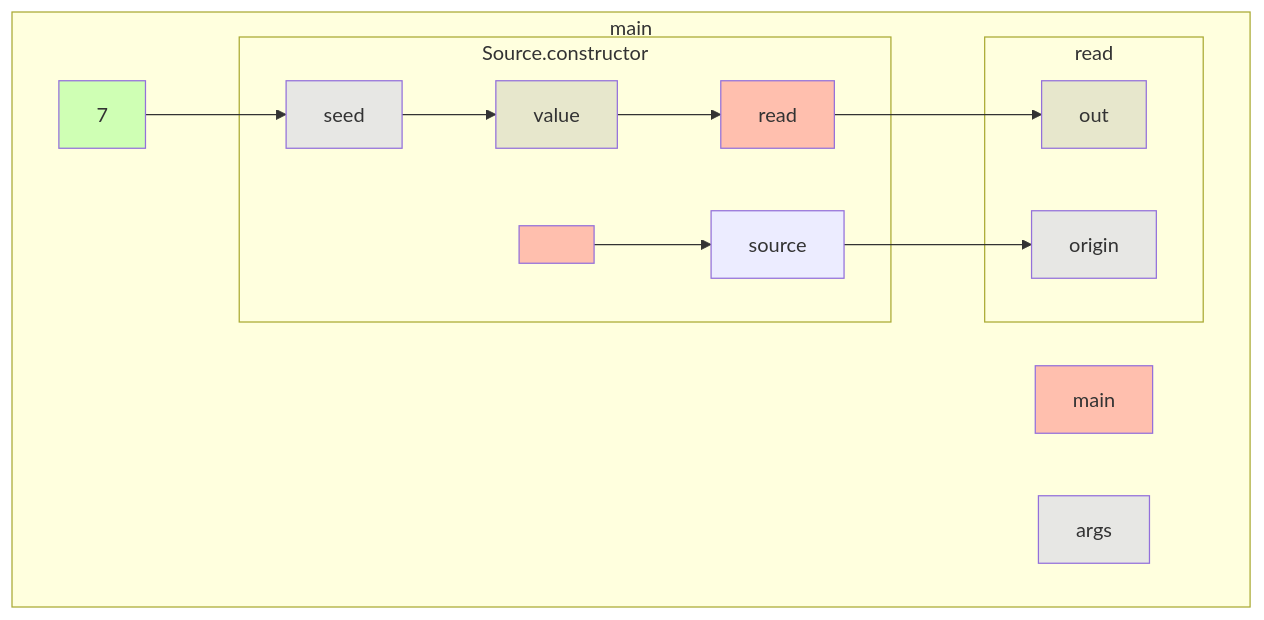
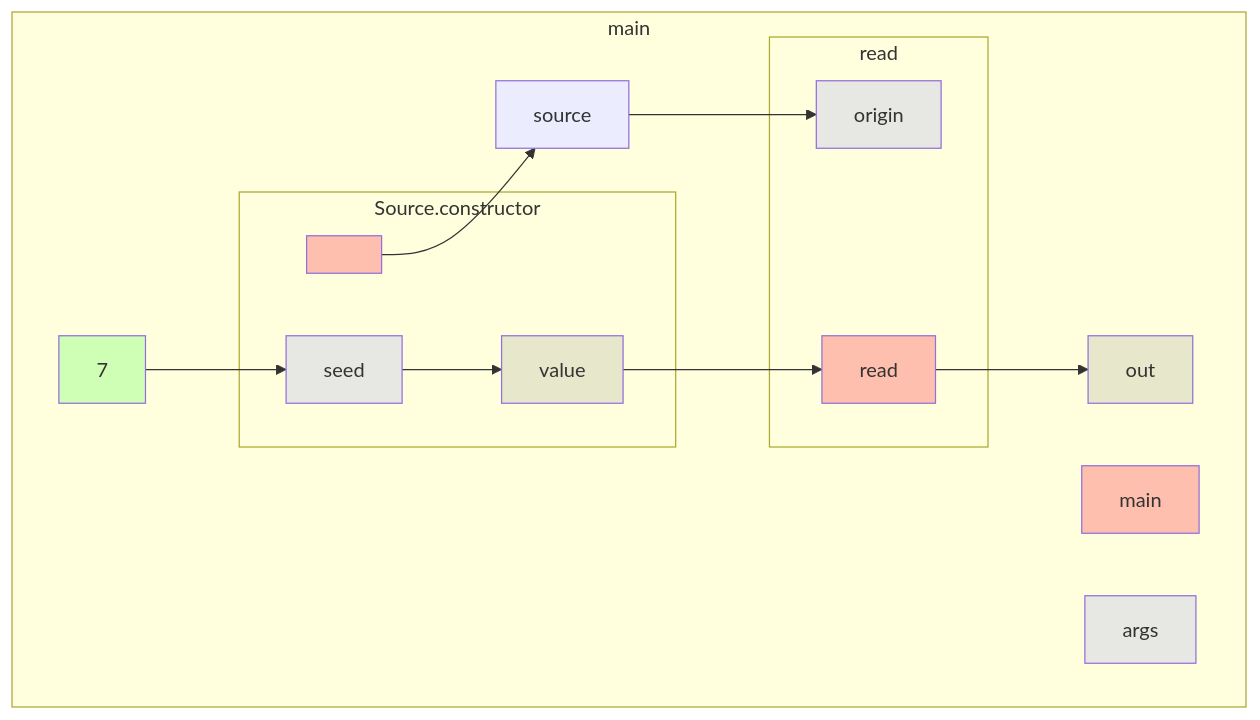
Before and after one commit to gstiebler/codeflow: the diagram in app/src/test/resources/objectArgument/truth.md, drawn with Mermaid. The commit also changed 34 other files, not shown here.

````diff
--- a/app/src/test/resources/objectArgument/truth.md
+++ b/app/src/test/resources/objectArgument/truth.md
@@ -1,32 +1,32 @@
 ```mermaid
 flowchart TD
   subgraph b0["main"]
     n1[main]:::RETURN
     n2[args]:::FUNC_PARAM
     n3[7]:::LITERAL
     n8[source]:::OBJ_VARIABLE
     n12[out]:::VARIABLE
     n3[7]:::LITERAL --> n6[seed]:::FUNC_PARAM
     n8[source]:::OBJ_VARIABLE --> n11[origin]:::FUNC_PARAM
+    n5[<init>]:::RETURN --> n8[source]:::OBJ_VARIABLE
+    n7[value]:::VARIABLE --> n10[read]:::RETURN
+    n10[read]:::RETURN --> n12[out]:::VARIABLE
     subgraph b4["Source.constructor"]
       n5[<init>]:::RETURN
       n6[seed]:::FUNC_PARAM
       n7[value]:::VARIABLE
-      n5[<init>]:::RETURN --> n8[source]:::OBJ_VARIABLE
       n6[seed]:::FUNC_PARAM --> n7[value]:::VARIABLE
-      n7[value]:::VARIABLE --> n10[read]:::RETURN
     end
     subgraph b9["read"]
       n10[read]:::RETURN
       n11[origin]:::FUNC_PARAM
-      n10[read]:::RETURN --> n12[out]:::VARIABLE
     end
   end
   classDef LITERAL fill:#00FF0030
   classDef VARIABLE fill:#80808030
   classDef BIN_OP fill:#80808080
   classDef FUNC_PARAM fill:#8080FF30
   classDef RETURN fill:#FF808080
   classDef EXTERNAL fill:#FFA50040
   classDef UNMODELLED fill:#FF000030,stroke-dasharray: 4 2
 ```
````
